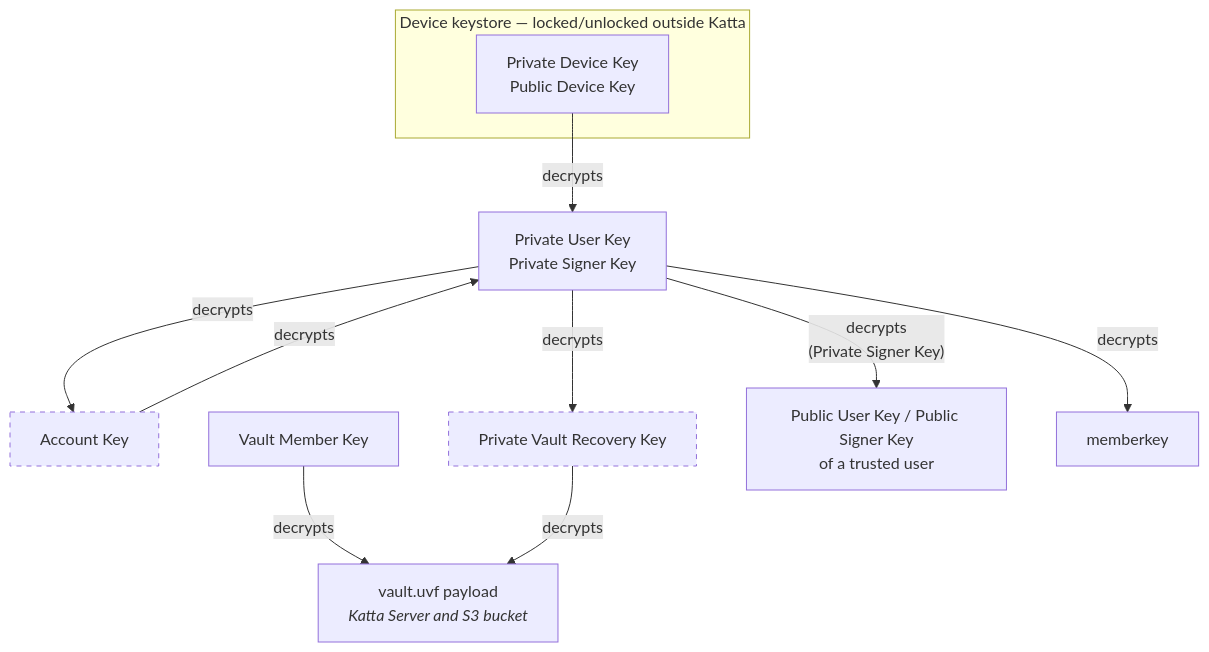
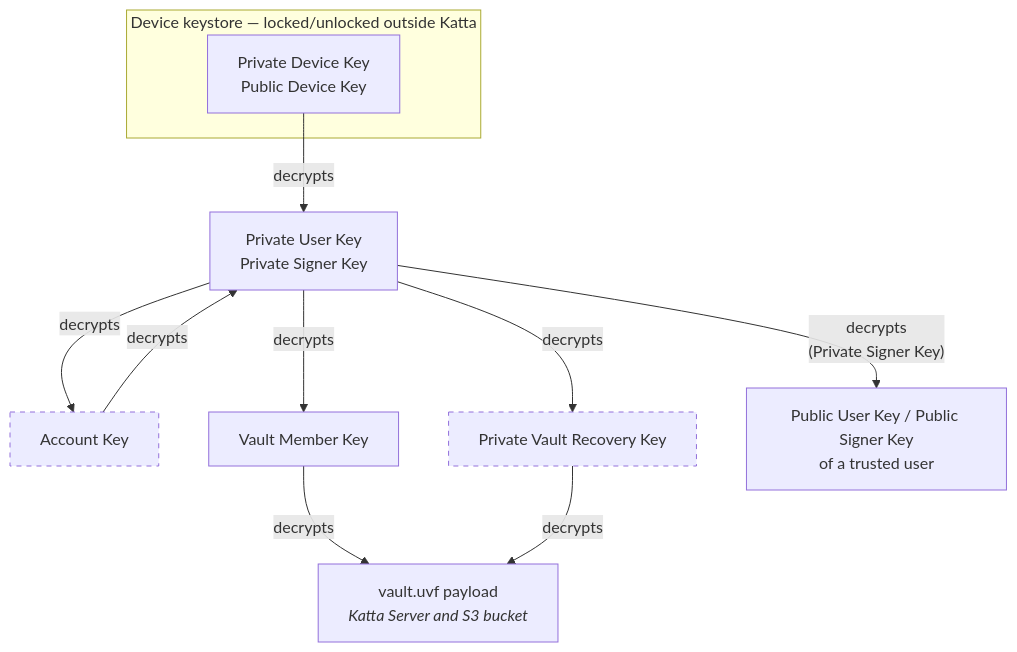
The diagram in docs/architecture/security.md (shift7-ch/katta-docs), drawn with Mermaid before and after one commit.

Commit message:
Fix var name.

````diff
--- a/docs/architecture/security.md
+++ b/docs/architecture/security.md
@@ -30,25 +30,25 @@
 ```mermaid
 flowchart TB
     subgraph keystore["Device keystore — locked/unlocked outside Katta"]
         devkey["Private Device Key<br/>Public Device Key"]
     end
 
     userkeys["Private User Key<br/>Private Signer Key"]
     accoukey["Account Key"]
     membekey["Vault Member Key"]
     recovkey["Private Vault Recovery Key"]
     trusted["Public User Key / Public Signer Key<br/>of a trusted user"]
     uvf["vault.uvf payload<br/><i>Katta Server and S3 bucket</i>"]
 
     devkey -- decrypts --> userkeys
     accoukey -- decrypts --> userkeys
     userkeys -- decrypts --> accoukey
-    userkeys -- decrypts --> memberkey
+    userkeys -- decrypts --> membekey
     userkeys -- decrypts --> recovkey
     userkeys -- "decrypts<br/>(Private Signer Key)" --> trusted
     membekey -- decrypts --> uvf
     recovkey -- decrypts --> uvf
 
     classDef outside stroke-dasharray:5 5
     class accoukey,recovkey outside
 ```
````
